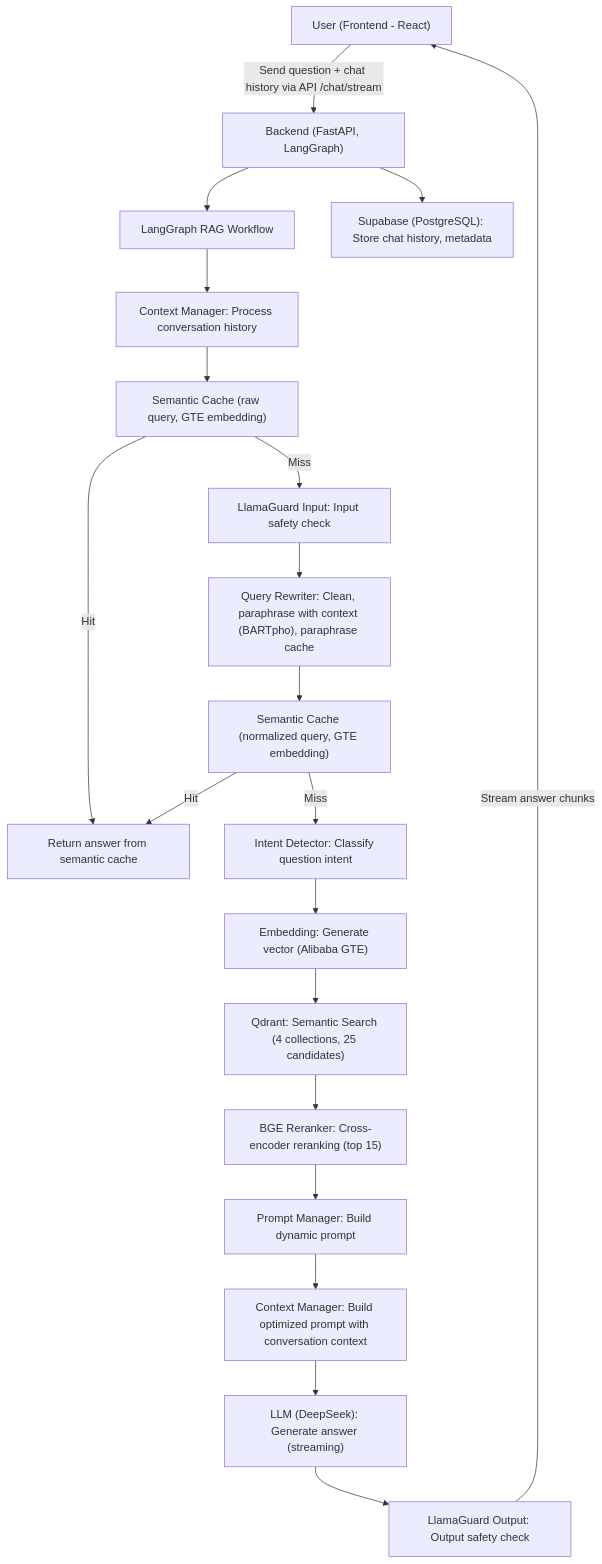
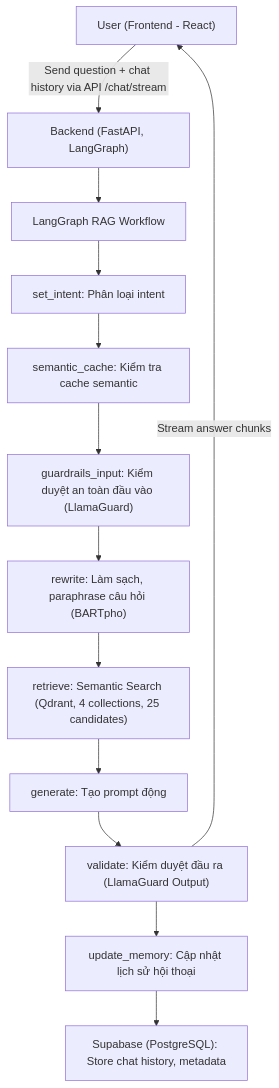
One commit to tuananhne1110/Cutru_chatbot changed the first of 2 diagrams in docs/Workflow.md. Above: the diagram before and after it, drawn with Mermaid. The commit also changed other lines of this file and 1 other file, not shown here.

````diff
--- a/docs/Workflow.md
+++ b/docs/Workflow.md
@@ -4,22 +4,15 @@
 ```mermaid
 graph TD;
   A["User (Frontend - React)"] -->|"Send question + chat history via API /chat/stream"| B["Backend (FastAPI, LangGraph)"]
   B --> C0["LangGraph RAG Workflow"]
-  C0 --> C1["Context Manager: Process conversation history"]
-  C1 --> C2["Semantic Cache (raw query, GTE embedding)"]
-  C2 -- "Hit" --> Z["Return answer from semantic cache"]
-  C2 -- "Miss" --> C3["LlamaGuard Input: Input safety check"]
-  C3 --> C4["Query Rewriter: Clean, paraphrase with context (BARTpho), paraphrase cache"]
-  C4 --> C5["Semantic Cache (normalized query, GTE embedding)"]
-  C5 -- "Hit" --> Z
-  C5 -- "Miss" --> C6["Intent Detector: Classify question intent"]
-  C6 --> C7["Embedding: Generate vector (Alibaba GTE)"]
-  C7 --> C8["Qdrant: Semantic Search (4 collections, 25 candidates)"]
-  C8 --> C9["BGE Reranker: Cross-encoder reranking (top 15)"]
-  C9 --> C10["Prompt Manager: Build dynamic prompt"]
-  C10 --> C11["Context Manager: Build optimized prompt with conversation context"]
-  C11 --> C12["LLM (DeepSeek): Generate answer (streaming)"]
-  C12 --> C13["LlamaGuard Output: Output safety check"]
-  C13 -->|"Stream answer chunks"| A
-  B --> D["Supabase (PostgreSQL): Store chat history, metadata"]
+  C0 --> C1["set_intent: Phân loại intent"]
+  C1 --> C2["semantic_cache: Kiểm tra cache semantic"]
+  C2 --> C3["guardrails_input: Kiểm duyệt an toàn đầu vào (LlamaGuard)"]
+  C3 --> C4["rewrite: Làm sạch, paraphrase câu hỏi (BARTpho)"]
+  C4 --> C5["retrieve: Semantic Search (Qdrant, 4 collections, 25 candidates)"]
+  C5 --> C6["generate: Tạo prompt động"]
+  C6 --> C7["validate: Kiểm duyệt đầu ra (LlamaGuard Output)"]
+  C7 --> C8["update_memory: Cập nhật lịch sử hội thoại"]
+  C8 --> D["Supabase (PostgreSQL): Store chat history, metadata"]
+  C7 -->|"Stream answer chunks"| A
 ```
````
